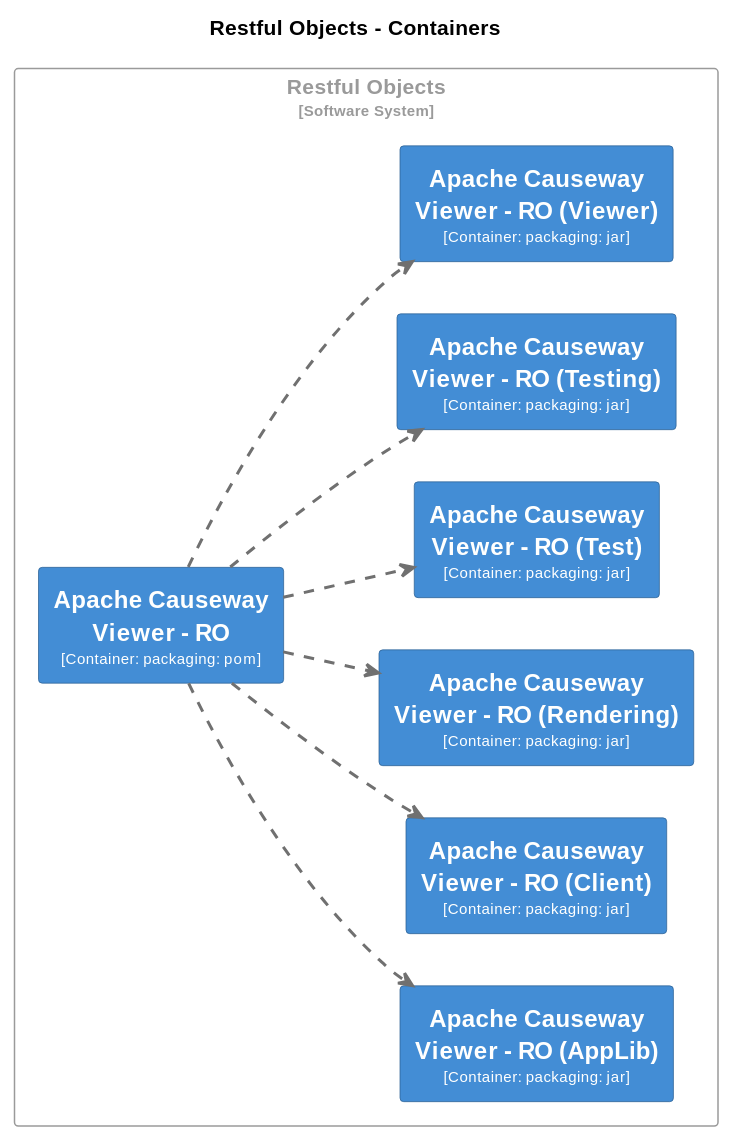
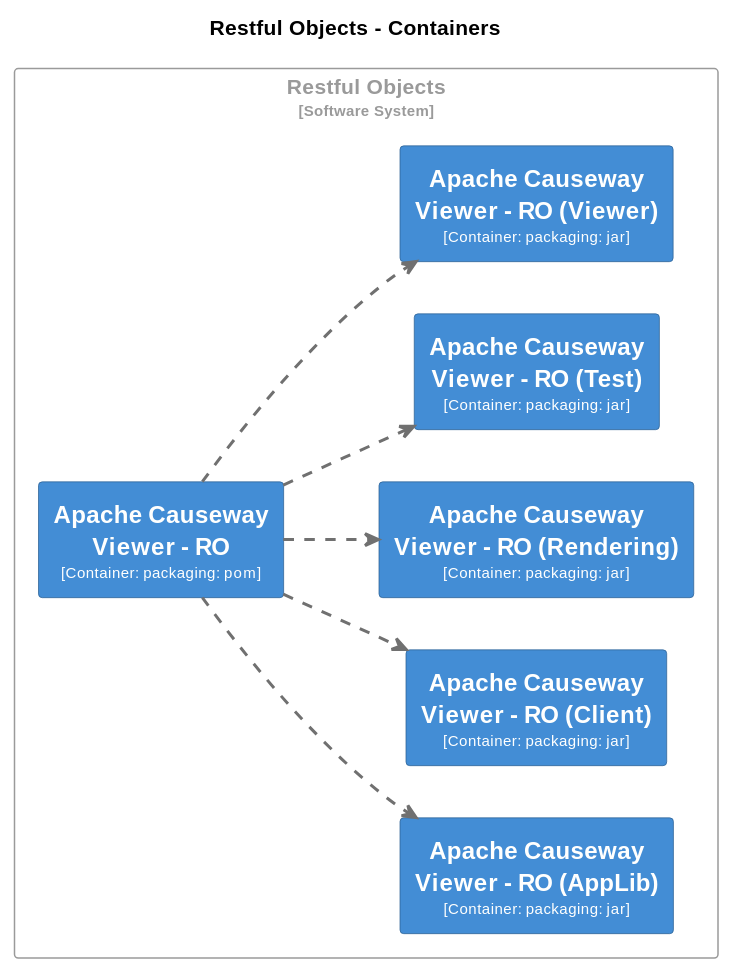
Diagram 16 of 31 in core/adoc/modules/_overview/pages/about.adoc (apache/causeway), drawn with PlantUML before and after one commit. The commit also changed other lines of this file and 186 other files, not shown here.

```diff
--- a/core/adoc/modules/_overview/pages/about.adoc
+++ b/core/adoc/modules/_overview/pages/about.adoc
@@ -2853,83 +2791,75 @@
 [plantuml,Restful Objects,svg]
 ----
 @startuml
 set separator none
 title Restful Objects - Containers
 
 left to right direction
 
 skinparam {
   arrowFontSize 10
   defaultTextAlignment center
   wrapWidth 200
   maxMessageSize 100
 }
 
 hide stereotype
 
 skinparam rectangle<<RestfulObjects.ApacheCausewayViewerRO>> {
   BackgroundColor #438dd5
   FontColor #fffffe
   BorderColor #2e6295
   shadowing false
 }
 skinparam rectangle<<RestfulObjects.ApacheCausewayViewerROAppLib>> {
   BackgroundColor #438dd5
   FontColor #fffffe
   BorderColor #2e6295
   shadowing false
 }
 skinparam rectangle<<RestfulObjects.ApacheCausewayViewerROClient>> {
   BackgroundColor #438dd5
   FontColor #fffffe
   BorderColor #2e6295
   shadowing false
 }
 skinparam rectangle<<RestfulObjects.ApacheCausewayViewerRORendering>> {
   BackgroundColor #438dd5
   FontColor #fffffe
   BorderColor #2e6295
   shadowing false
 }
 skinparam rectangle<<RestfulObjects.ApacheCausewayViewerROTest>> {
   BackgroundColor #438dd5
   FontColor #fffffe
   BorderColor #2e6295
   shadowing false
 }
-skinparam rectangle<<RestfulObjects.ApacheCausewayViewerROTesting>> {
-  BackgroundColor #438dd5
-  FontColor #fffffe
-  BorderColor #2e6295
-  shadowing false
-}
 skinparam rectangle<<RestfulObjects.ApacheCausewayViewerROViewer>> {
   BackgroundColor #438dd5
   FontColor #fffffe
   BorderColor #2e6295
   shadowing false
 }
 skinparam rectangle<<RestfulObjects>> {
   BorderColor #9a9a9a
   FontColor #9a9a9a
   shadowing false
 }
 
 rectangle "Restful Objects\n<size:10>[Software System]</size>" <<RestfulObjects>> {
   rectangle "==Apache Causeway Viewer - RO\n<size:10>[Container: packaging: pom]</size>" <<RestfulObjects.ApacheCausewayViewerRO>> as RestfulObjects.ApacheCausewayViewerRO
   rectangle "==Apache Causeway Viewer - RO (AppLib)\n<size:10>[Container: packaging: jar]</size>" <<RestfulObjects.ApacheCausewayViewerROAppLib>> as RestfulObjects.ApacheCausewayViewerROAppLib
   rectangle "==Apache Causeway Viewer - RO (Client)\n<size:10>[Container: packaging: jar]</size>" <<RestfulObjects.ApacheCausewayViewerROClient>> as RestfulObjects.ApacheCausewayViewerROClient
   rectangle "==Apache Causeway Viewer - RO (Rendering)\n<size:10>[Container: packaging: jar]</size>" <<RestfulObjects.ApacheCausewayViewerRORendering>> as RestfulObjects.ApacheCausewayViewerRORendering
   rectangle "==Apache Causeway Viewer - RO (Test)\n<size:10>[Container: packaging: jar]</size>" <<RestfulObjects.ApacheCausewayViewerROTest>> as RestfulObjects.ApacheCausewayViewerROTest
-  rectangle "==Apache Causeway Viewer - RO (Testing)\n<size:10>[Container: packaging: jar]</size>" <<RestfulObjects.ApacheCausewayViewerROTesting>> as RestfulObjects.ApacheCausewayViewerROTesting
   rectangle "==Apache Causeway Viewer - RO (Viewer)\n<size:10>[Container: packaging: jar]</size>" <<RestfulObjects.ApacheCausewayViewerROViewer>> as RestfulObjects.ApacheCausewayViewerROViewer
 }
 
+RestfulObjects.ApacheCausewayViewerRO .[#707070,thickness=2].> RestfulObjects.ApacheCausewayViewerRORendering : "<color:#707070>"
+RestfulObjects.ApacheCausewayViewerRO .[#707070,thickness=2].> RestfulObjects.ApacheCausewayViewerROTest : "<color:#707070>"
+RestfulObjects.ApacheCausewayViewerRO .[#707070,thickness=2].> RestfulObjects.ApacheCausewayViewerROViewer : "<color:#707070>"
 RestfulObjects.ApacheCausewayViewerRO .[#707070,thickness=2].> RestfulObjects.ApacheCausewayViewerROAppLib : "<color:#707070>"
 RestfulObjects.ApacheCausewayViewerRO .[#707070,thickness=2].> RestfulObjects.ApacheCausewayViewerROClient : "<color:#707070>"
-RestfulObjects.ApacheCausewayViewerRO .[#707070,thickness=2].> RestfulObjects.ApacheCausewayViewerRORendering : "<color:#707070>"
-RestfulObjects.ApacheCausewayViewerRO .[#707070,thickness=2].> RestfulObjects.ApacheCausewayViewerROTest : "<color:#707070>"
-RestfulObjects.ApacheCausewayViewerRO .[#707070,thickness=2].> RestfulObjects.ApacheCausewayViewerROTesting : "<color:#707070>"
-RestfulObjects.ApacheCausewayViewerRO .[#707070,thickness=2].> RestfulObjects.ApacheCausewayViewerROViewer : "<color:#707070>"
 @enduml
 ----
```
